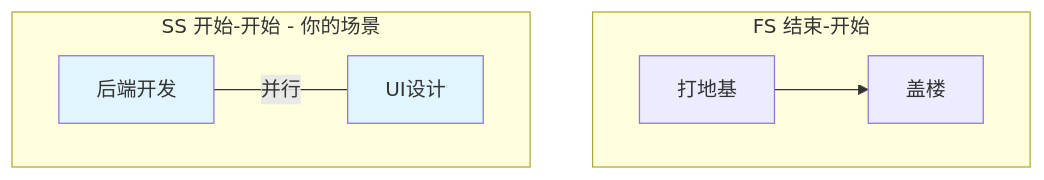
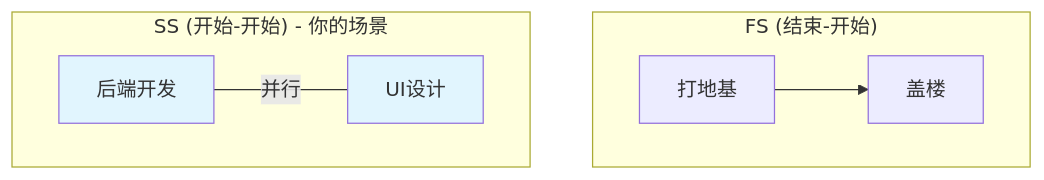
One commit to wailii/Senior-PM-Exam-Study changed the fourth of 5 diagrams in sessions/2025-12-21.md. Above: the diagram before and after it, drawn with Mermaid. The commit also changed other lines of this file and 1 other file, not shown here.

Commit message:
docs: root cause fix for Mermaid syntax - enforce double quotes for all labels

````diff
--- a/sessions/2025-12-21.md
+++ b/sessions/2025-12-21.md
@@ -148,14 +148,14 @@
 ```mermaid
 graph TD
-    subgraph FS_Type [FS 结束-开始]
-    A1[打地基] --> B1[盖楼]
+    subgraph FS_Type ["FS (结束-开始)"]
+    A1["打地基"] --> B1["盖楼"]
     end
     
-    subgraph SS_Type [SS 开始-开始 - 你的场景]
-    A2[后端开发] 
-    B2[UI设计]
+    subgraph SS_Type ["SS (开始-开始) - 你的场景"]
+    A2["后端开发"] 
+    B2["UI设计"]
     A2 -- "并行" --- B2
     style A2 fill:#e1f5fe
     style B2 fill:#e1f5fe
     end
 ```
````
